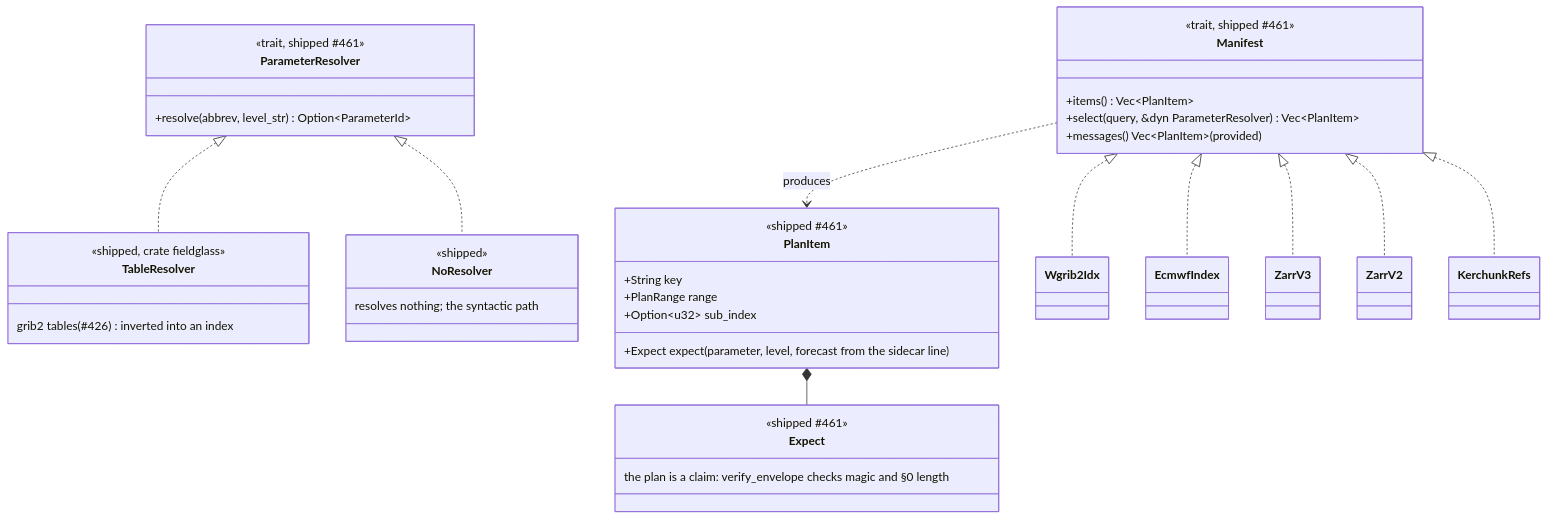
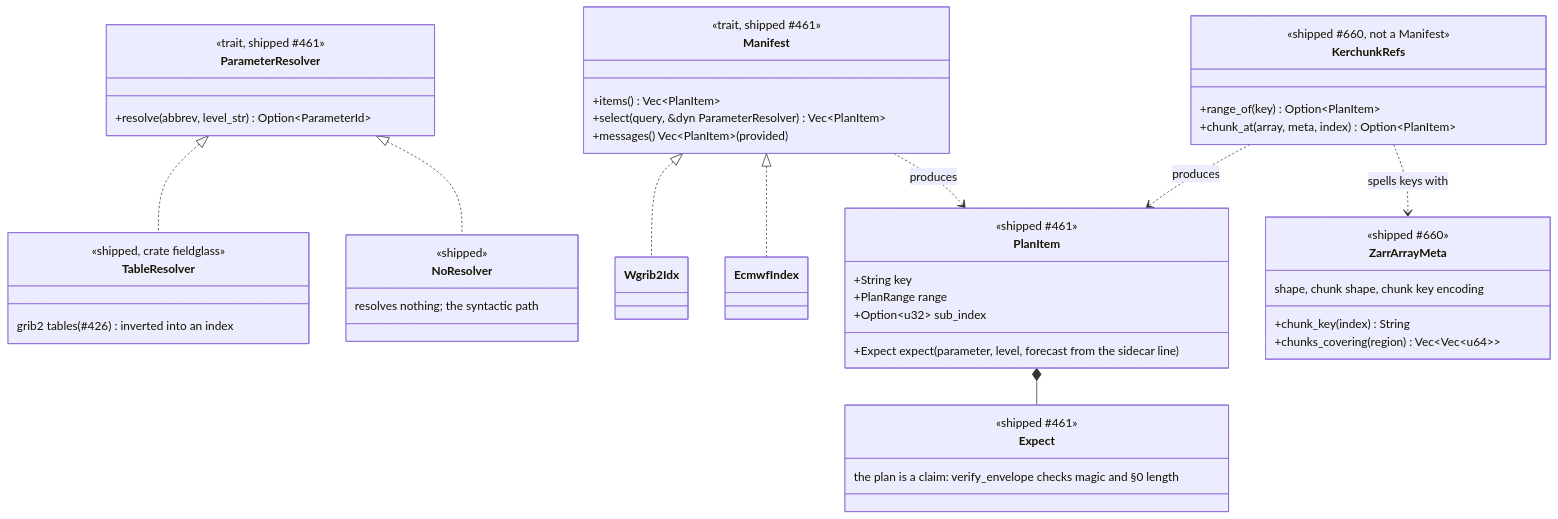
The third of 5 diagrams in docs/architecture/planned/02-trait-seams.md (D0ubleD0uble/fieldglass), drawn with Mermaid before and after one commit. The commit also changed other lines of this file and 4 other files, not shown here.

````diff
--- a/docs/architecture/planned/02-trait-seams.md
+++ b/docs/architecture/planned/02-trait-seams.md
@@ -164,41 +175,51 @@
 ```mermaid
 classDiagram
     class Manifest {
         <<trait, shipped #461>>
         +items() Vec~PlanItem~
         +select(query, &dyn ParameterResolver) Vec~PlanItem~
         +messages() Vec~PlanItem~ (provided)
     }
     class ParameterResolver {
         <<trait, shipped #461>>
         +resolve(abbrev, level_str) Option~ParameterId~
     }
     class TableResolver {
         <<shipped, crate fieldglass>>
         grib2 tables (#426) inverted into an index
     }
     class NoResolver {
         <<shipped>>
         resolves nothing; the syntactic path
     }
     ParameterResolver <|.. TableResolver
     ParameterResolver <|.. NoResolver
     class PlanItem {
         <<shipped #461>>
         +String key
         +PlanRange range
         +Option~u32~ sub_index
         +Expect expect (parameter, level, forecast from the sidecar line)
     }
     class Expect {
         <<shipped #461>>
         the plan is a claim: verify_envelope checks magic and §0 length
     }
     Manifest <|.. Wgrib2Idx
     Manifest <|.. EcmwfIndex
-    Manifest <|.. ZarrV3
-    Manifest <|.. ZarrV2
-    Manifest <|.. KerchunkRefs
     Manifest ..> PlanItem : produces
     PlanItem *-- Expect
+    class KerchunkRefs {
+        <<shipped #660, not a Manifest>>
+        +range_of(key) Option~PlanItem~
+        +chunk_at(array, meta, index) Option~PlanItem~
+    }
+    class ZarrArrayMeta {
+        <<shipped #660>>
+        shape, chunk shape, chunk key encoding
+        +chunk_key(index) String
+        +chunks_covering(region) Vec~Vec~u64~~
+    }
+    KerchunkRefs ..> PlanItem : produces
+    KerchunkRefs ..> ZarrArrayMeta : spells keys with
 ```
````
